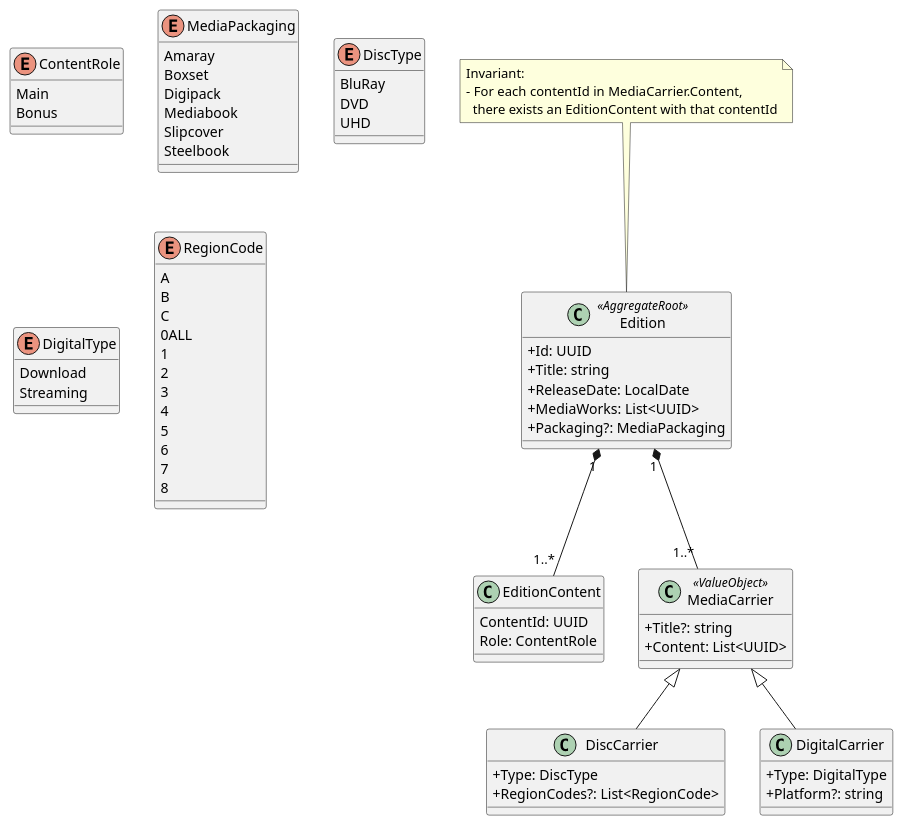
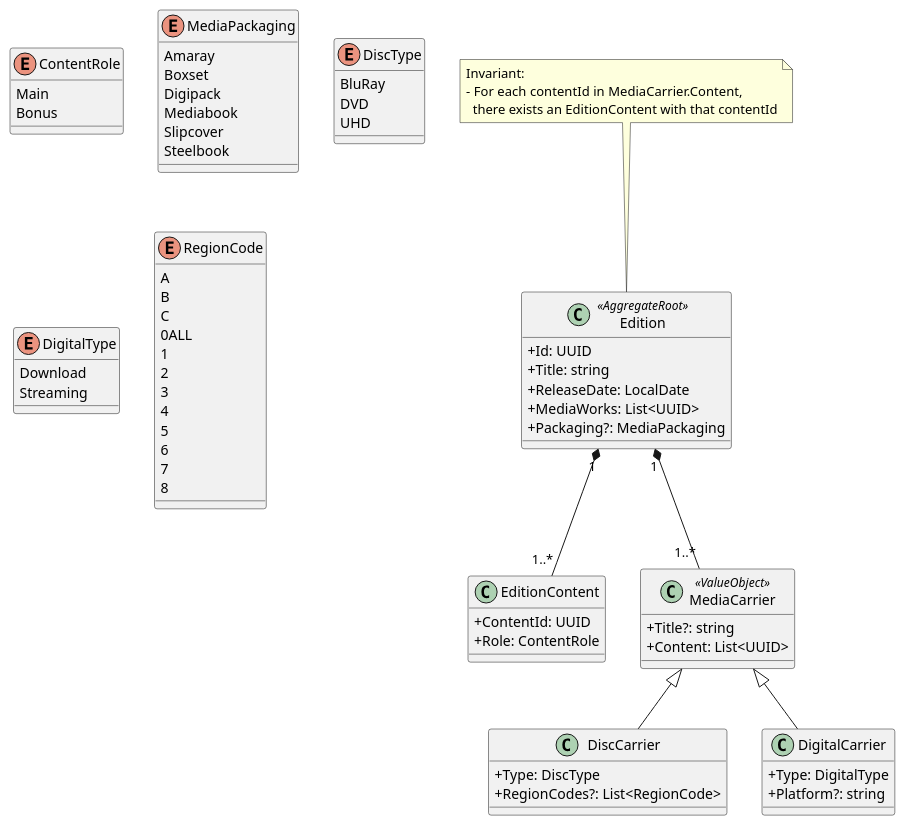
The diagram in docs/uml/domain/domain-edition.puml (yantue/colleq), drawn with PlantUML before and after one commit. The commit also changed 1 other file, not shown here.

```diff
--- a/docs/uml/domain/domain-edition.puml
+++ b/docs/uml/domain/domain-edition.puml
@@ -1,86 +1,86 @@
 @startuml
 skinparam classAttributeIconSize 0
 
 class Edition <<AggregateRoot>> {
     +Id: UUID
     +Title: string
     +ReleaseDate: LocalDate
     +MediaWorks: List<UUID>
     +Packaging?: MediaPackaging
 }
 
 note top of Edition
 Invariant:
 - For each contentId in MediaCarrier.Content,
   there exists an EditionContent with that contentId
 end note
 
 class EditionContent {
-    ContentId: UUID
-    Role: ContentRole
+    +ContentId: UUID
+    +Role: ContentRole
 }
 
 Edition "1" *-- "1..*" EditionContent
 
 enum ContentRole {
     Main
     Bonus
 }
 
 class MediaCarrier <<ValueObject>> {
     +Title?: string
     +Content: List<UUID>
 }
 
 Edition "1" *-- "1..*" MediaCarrier
 
 class DiscCarrier {
     +Type: DiscType
     +RegionCodes?: List<RegionCode>
 }
 
 MediaCarrier <|-- DiscCarrier
 
 class DigitalCarrier {
     +Type: DigitalType
     +Platform?: string
 }
 
 MediaCarrier <|-- DigitalCarrier
 
 enum MediaPackaging {
     Amaray
     Boxset
     Digipack
     Mediabook
     Slipcover
     Steelbook
 }
 
 enum DiscType {
     BluRay
     DVD
     UHD
 }
 
 enum DigitalType {
     Download
     Streaming
 }
 
 enum RegionCode {
     A
     B
     C
     0ALL
     1
     2
     3
     4
     5
     6
     7
     8
 }
 
 @enduml
```
